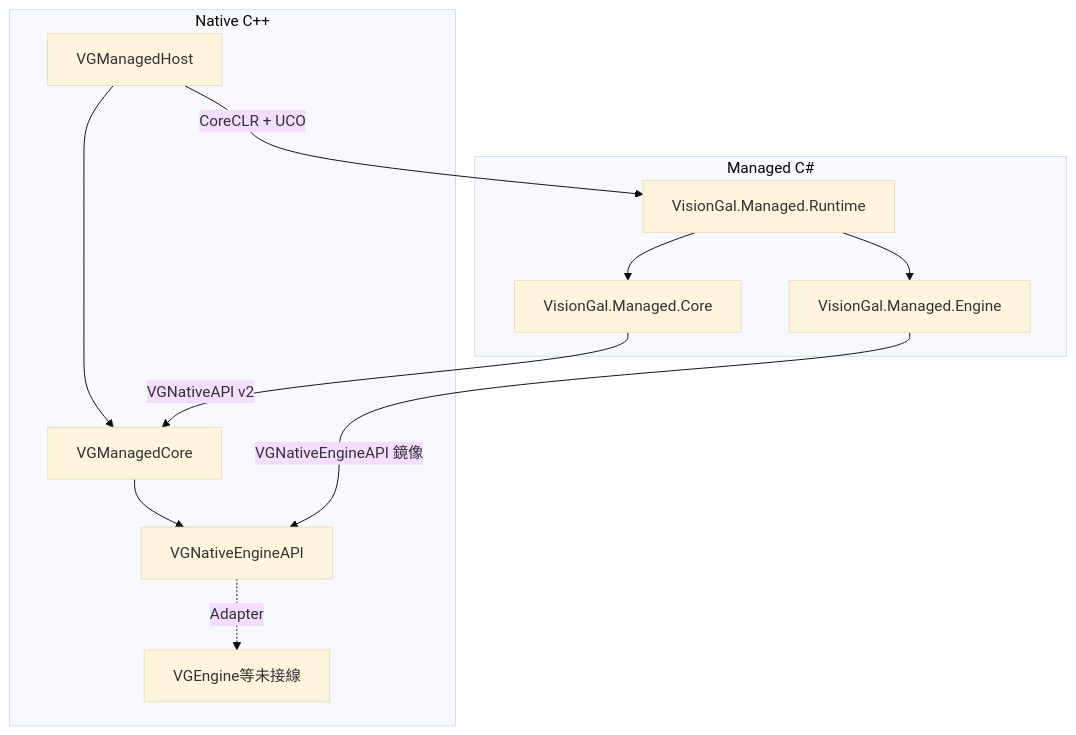
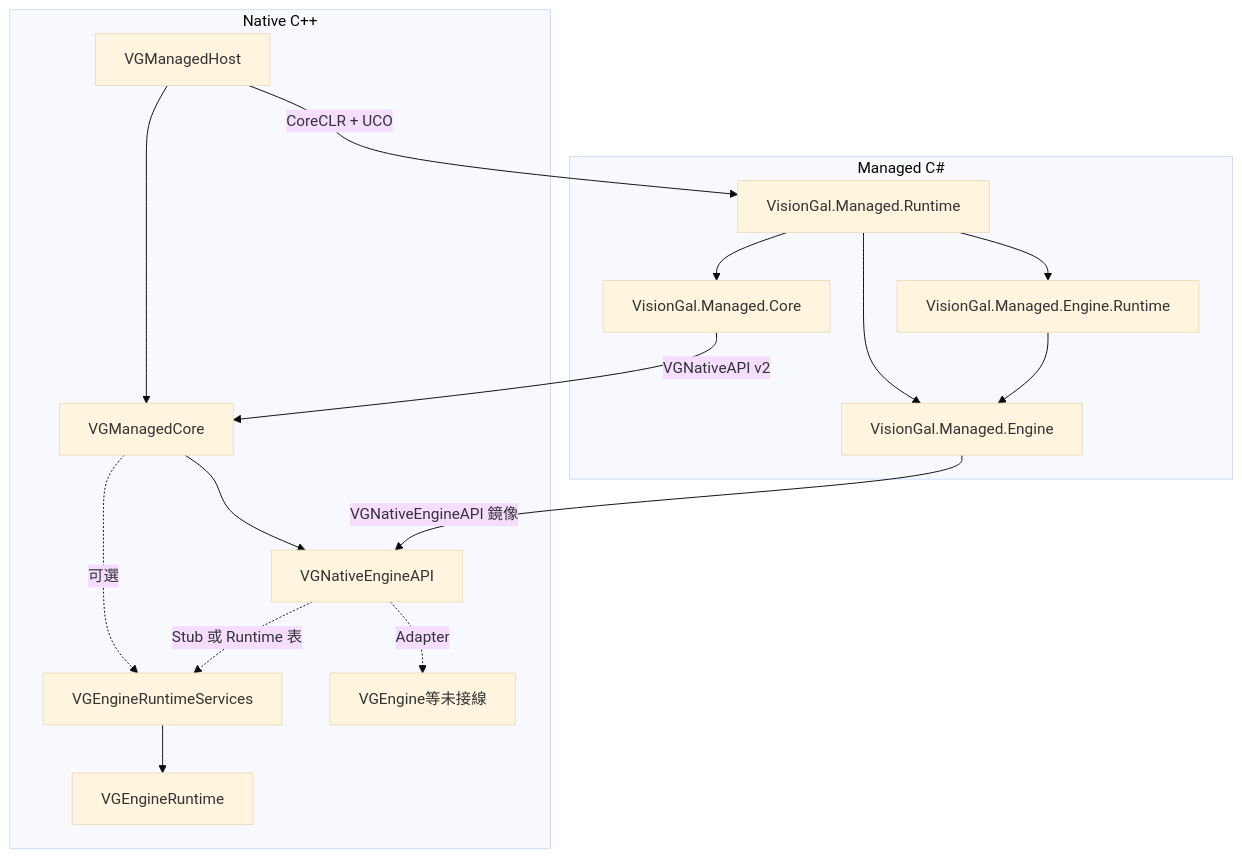
Before and after one commit to DarlingZeroX/Neverness: the diagram in Engine/Source/Managed/MANAGED_RUNTIME_ARCHITECTURE_AND_PROGRESS.md, drawn with Mermaid (base theme). The commit also changed other lines of this file and 109 other files, not shown here.

Commit message:
**Phase 4**：**ABI layout v2**、**VGEngineRuntime** / **VGEngineRuntimeServices**、**VisionGal.Managed.Engine.Runtime**、**VISIONGAL_USE_ENGINE_RUNTIME_SERVICES**

````diff
--- a/Engine/Source/Managed/MANAGED_RUNTIME_ARCHITECTURE_AND_PROGRESS.md
+++ b/Engine/Source/Managed/MANAGED_RUNTIME_ARCHITECTURE_AND_PROGRESS.md
@@ -9,22 +9,30 @@
 ```mermaid
 flowchart TB
   subgraph native [Native C++]
     Host[VGManagedHost]
     Core[VGManagedCore]
     EngABI[VGNativeEngineAPI]
+    EngRt[VGEngineRuntime]
+    EngRtSvc[VGEngineRuntimeServices]
     Future[VGEngine等未接線]
     Host --> Core
     Core --> EngABI
+    Core -.->|可選| EngRtSvc
+    EngRtSvc --> EngRt
+    EngABI -.->|Stub 或 Runtime 表| EngRtSvc
     EngABI -.->|Adapter| Future
   end
   subgraph managed [Managed C#]
     MRuntime[VisionGal.Managed.Runtime]
     MCore[VisionGal.Managed.Core]
     MEng[VisionGal.Managed.Engine]
+    MEngRt[VisionGal.Managed.Engine.Runtime]
     MRuntime --> MCore
     MRuntime --> MEng
+    MRuntime --> MEngRt
+    MEngRt --> MEng
   end
   MCore -->|"VGNativeAPI v2"| Core
   MEng -->|"VGNativeEngineAPI 鏡像"| EngABI
   Host -->|"CoreCLR + UCO"| MRuntime
 ```
````
